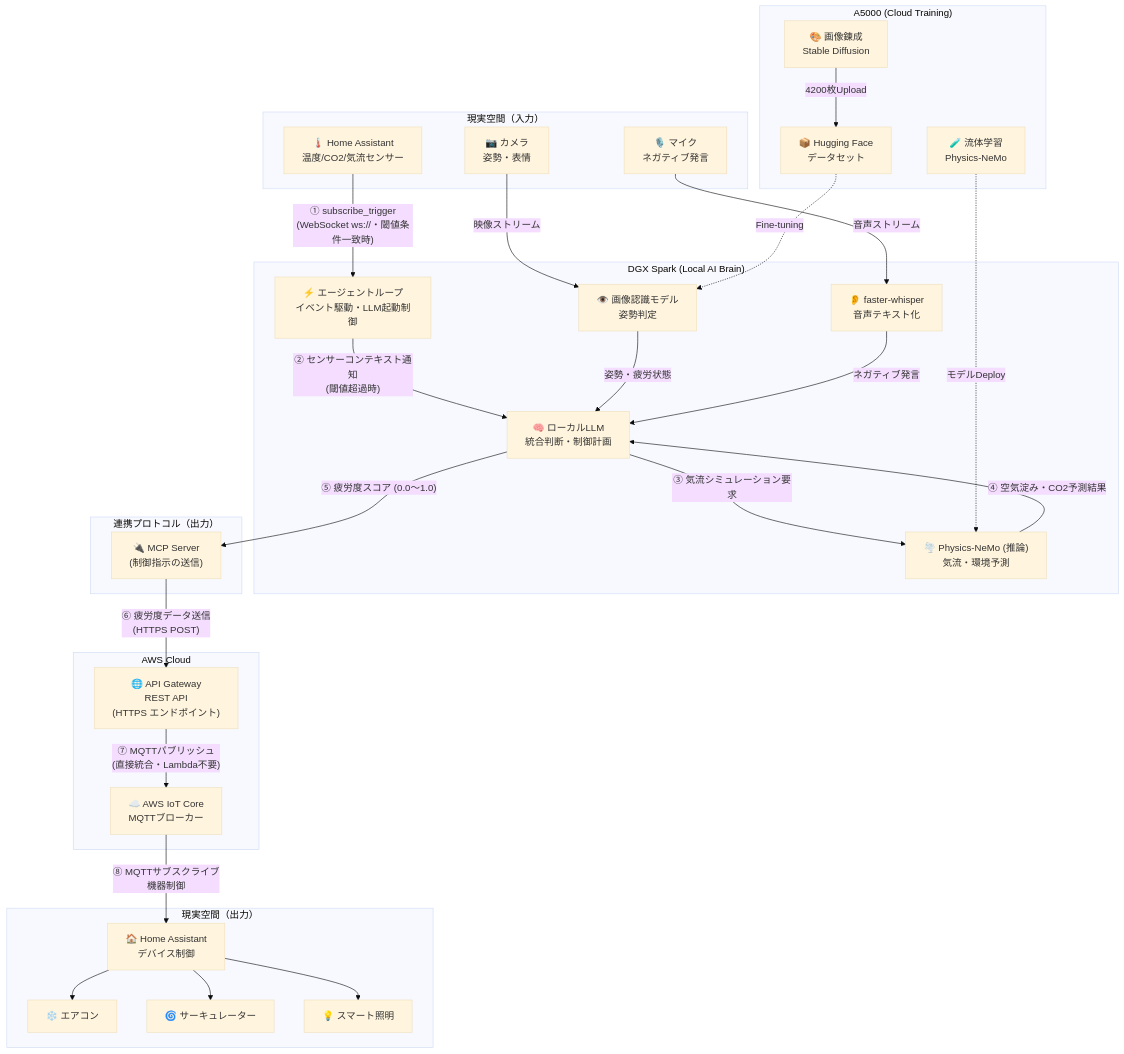
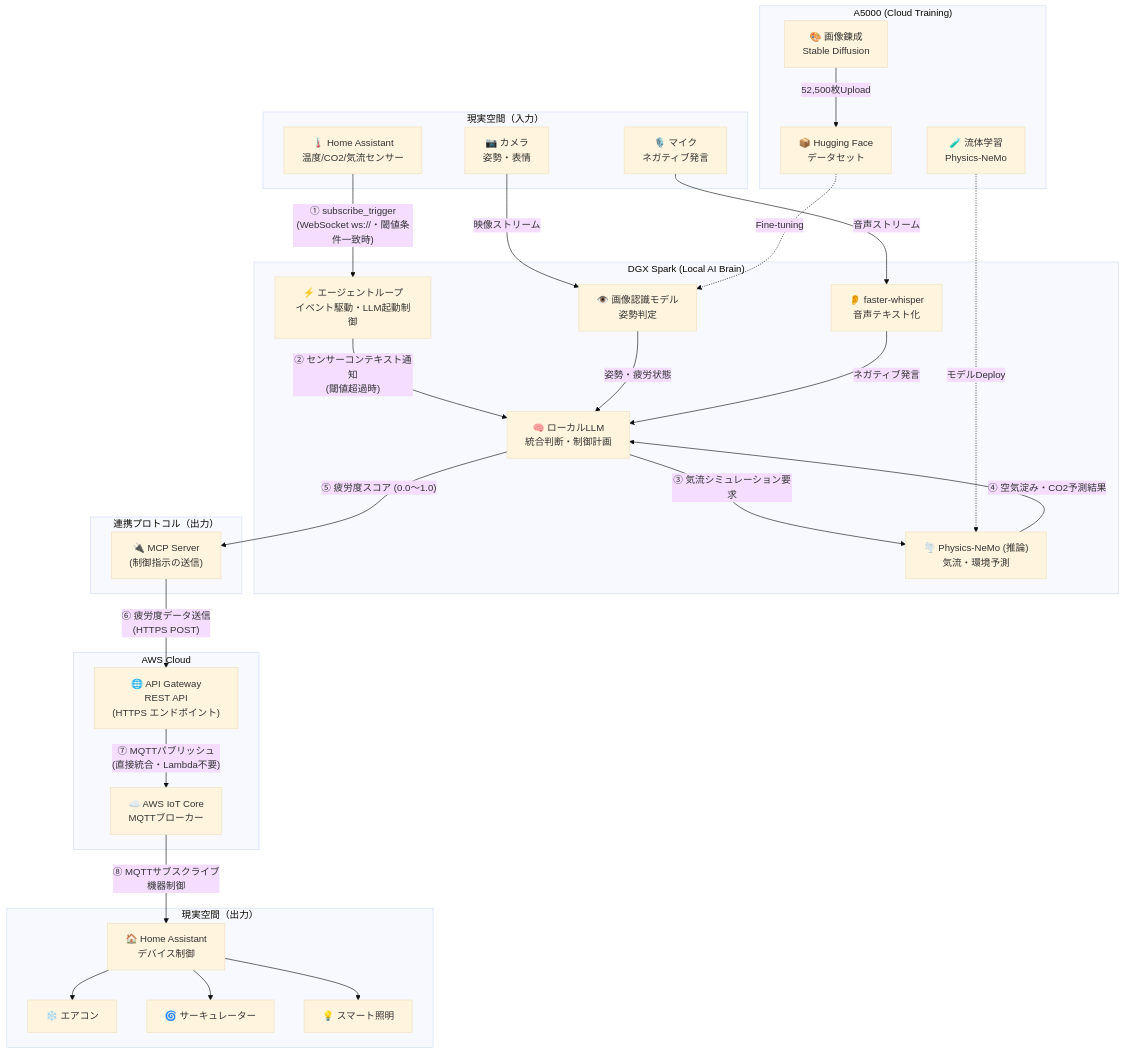
The diagram in README.md (SeiyaCM/kanden-ai-hackathon), drawn with Mermaid (base theme) before and after one commit. The commit also changed other lines of this file and 3 other files, not shown here.

````diff
--- a/README.md
+++ b/README.md
@@ -52,75 +115,75 @@
 ```mermaid
 graph TD
     %% ユーザー環境（入力）
     subgraph RealWorld ["現実空間（入力）"]
         Cam["📷 カメラ<br/>姿勢・表情"]
         Mic["🎙️ マイク<br/>ネガティブ発言"]
         Sensors["🌡️ Home Assistant<br/>温度/CO2/気流センサー"]
     end
 
     %% 推論環境（ローカル）
     subgraph LocalEnv ["DGX Spark (Local AI Brain)"]
         Agent["⚡ エージェントループ<br/>イベント駆動・LLM起動制御"]
         Vision["👁️ 画像認識モデル<br/>姿勢判定"]
         Whisper["👂 faster-whisper<br/>音声テキスト化"]
         LLM["🧠 ローカルLLM<br/>統合判断・制御計画"]
         PINN["🌪️ Physics-NeMo (推論)<br/>気流・環境予測"]
     end
 
     %% 連携層（出力専用）
     subgraph BridgeLayer ["連携プロトコル（出力）"]
         MCP["🔌 MCP Server<br/>(制御指示の送信)"]
     end
 
     %% AWSクラウド層
     subgraph AWSCloud ["AWS Cloud"]
         APIGW["🌐 API Gateway<br/>REST API<br/>(HTTPS エンドポイント)"]
         IoTCore["☁️ AWS IoT Core<br/>MQTTブローカー"]
     end
 
     %% 現実空間（出力）
     subgraph Actuators ["現実空間（出力）"]
         HA_Out["🏠 Home Assistant<br/>デバイス制御"]
         AC["❄️ エアコン"]
         Fan["🌀 サーキュレーター"]
         Light["💡 スマート照明"]
     end
 
     %% クラウド環境（学習・データ錬成）
     subgraph CloudEnv ["A5000 (Cloud Training)"]
         SD["🎨 画像錬成<br/>Stable Diffusion"]
         Train_PINN["🧪 流体学習<br/>Physics-NeMo"]
         HF["📦 Hugging Face<br/>データセット"]
     end
 
     %% 1. センサーイベントをエージェントが直接受信（HA WS 非SSL）
     Sensors -->|"① subscribe_trigger<br/>(WebSocket ws://・閾値条件一致時)"| Agent
 
     %% 2. 映像・音声の処理
     Cam -->|"映像ストリーム"| Vision
     Mic -->|"音声ストリーム"| Whisper
 
     %% 3. エージェントがLLMを起動
     Agent -->|"② センサーコンテキスト通知<br/>(閾値超過時)"| LLM
     Vision -->|"姿勢・疲労状態"| LLM
     Whisper -->|"ネガティブ発言"| LLM
 
     %% 4. 物理シミュレーションの活用
     LLM -->|"③ 気流シミュレーション要求"| PINN
     PINN -->|"④ 空気淀み・CO2予測結果"| LLM
 
     %% 5. 疲労度をMCP経由でAPI GWへ送信
     LLM -->|"⑤ 疲労度スコア (0.0〜1.0)"| MCP
     MCP -->|"⑥ 疲労度データ送信<br/>(HTTPS POST)"| APIGW
     APIGW -->|"⑦ MQTTパブリッシュ<br/>(直接統合・Lambda不要)"| IoTCore
     IoTCore -->|"⑧ MQTTサブスクライブ<br/>機器制御"| HA_Out
 
     HA_Out --> AC
     HA_Out --> Fan
     HA_Out --> Light
 
     %% 6. 学習とデプロイの流れ（バックグラウンド）
-    SD -->|"4200枚Upload"| HF
+    SD -->|"52,500枚Upload"| HF
     HF -.->|"Fine-tuning"| Vision
     Train_PINN -.->|"モデルDeploy"| PINN
 ```
````
